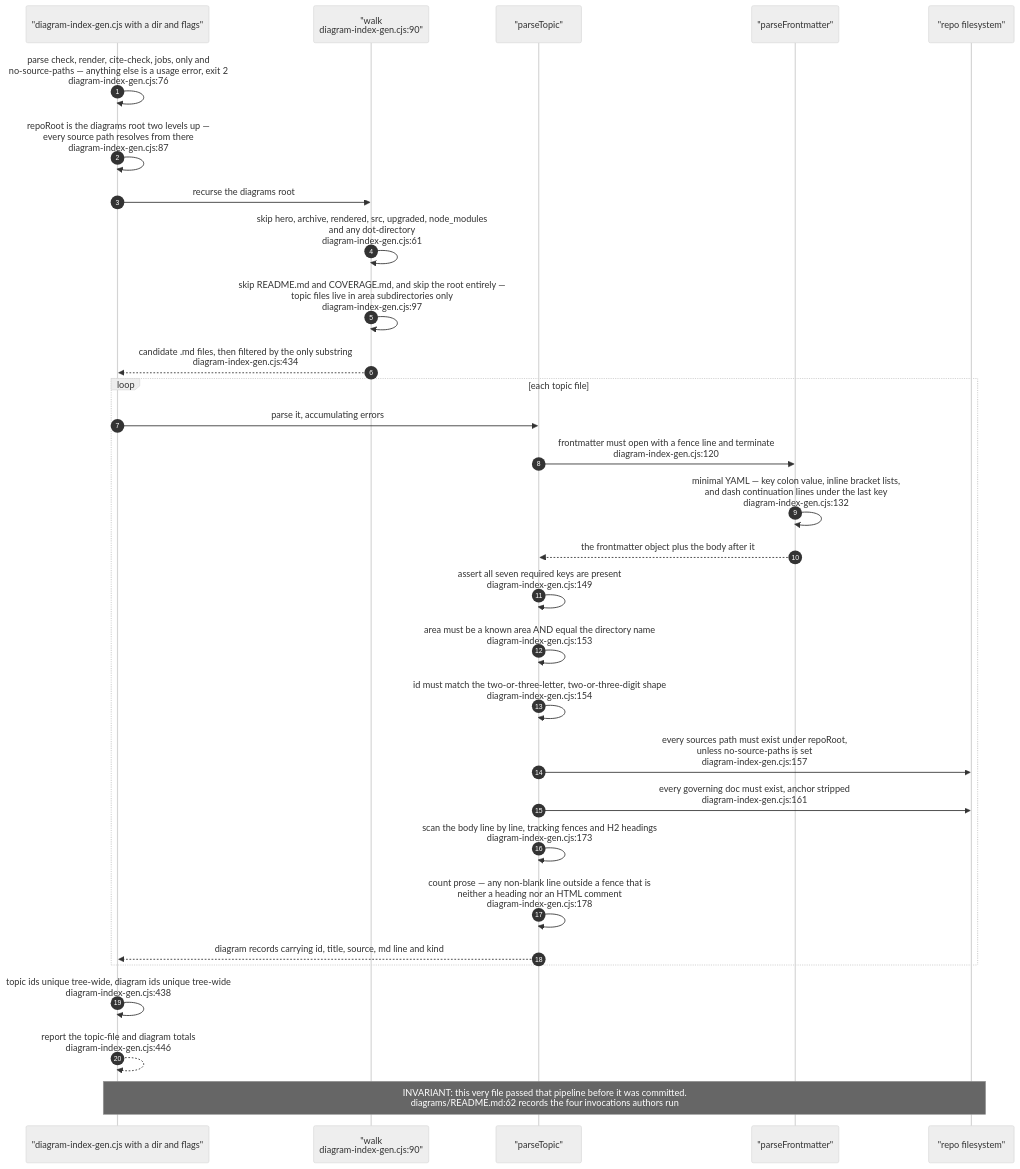
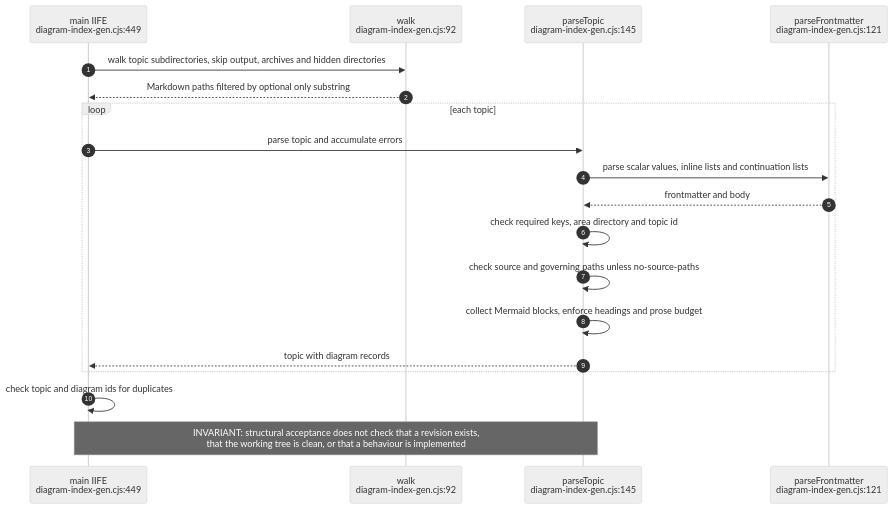
Before and after one commit to DreamLab-AI/VisionFlow: the eighth of 13 diagrams in docs/diagrams/visionflow/06-diagram-tooling.md, drawn with Mermaid (neutral theme). The commit also changed other lines of this file and 185 other files, not shown here.

Commit message:
docs(estate): reconcile diagrams and ADRs with source and define closeout sprint

````diff
--- a/docs/diagrams/visionflow/06-diagram-tooling.md
+++ b/docs/diagrams/visionflow/06-diagram-tooling.md
@@ -278,37 +278,21 @@
 ```mermaid
 sequenceDiagram
     autonumber
-    participant CLI as "diagram-index-gen.cjs with a dir and flags"
-    participant W as "walk<br/>diagram-index-gen.cjs:90"
-    participant PT as "parseTopic"
-    participant FM as "parseFrontmatter"
-    participant FS as "repo filesystem"
-
-    CLI->>CLI: parse check, render, cite-check, jobs, only and<br/>no-source-paths — anything else is a usage error, exit 2<br/>diagram-index-gen.cjs:76
-    CLI->>CLI: repoRoot is the diagrams root two levels up —<br/>every source path resolves from there<br/>diagram-index-gen.cjs:87
-
-    CLI->>W: recurse the diagrams root
-    W->>W: skip hero, archive, rendered, src, upgraded, node_modules<br/>and any dot-directory<br/>diagram-index-gen.cjs:61
-    W->>W: skip README.md and COVERAGE.md, and skip the root entirely —<br/>topic files live in area subdirectories only<br/>diagram-index-gen.cjs:97
-    W-->>CLI: candidate .md files, then filtered by the only substring<br/>diagram-index-gen.cjs:434
-
-    loop each topic file
-        CLI->>PT: parse it, accumulating errors
-        PT->>FM: frontmatter must open with a fence line and terminate<br/>diagram-index-gen.cjs:120
-        FM->>FM: minimal YAML — key colon value, inline bracket lists,<br/>and dash continuation lines under the last key<br/>diagram-index-gen.cjs:132
-        FM-->>PT: the frontmatter object plus the body after it
-        PT->>PT: assert all seven required keys are present<br/>diagram-index-gen.cjs:149
-        PT->>PT: area must be a known area AND equal the directory name<br/>diagram-index-gen.cjs:153
-        PT->>PT: id must match the two-or-three-letter, two-or-three-digit shape<br/>diagram-index-gen.cjs:154
-        PT->>FS: every sources path must exist under repoRoot,<br/>unless no-source-paths is set<br/>diagram-index-gen.cjs:157
-        PT->>FS: every governing doc must exist, anchor stripped<br/>diagram-index-gen.cjs:161
-        PT->>PT: scan the body line by line, tracking fences and H2 headings<br/>diagram-index-gen.cjs:173
-        PT->>PT: count prose — any non-blank line outside a fence that is<br/>neither a heading nor an HTML comment<br/>diagram-index-gen.cjs:178
-        PT-->>CLI: diagram records carrying id, title, source, md line and kind
+    participant CLI as main IIFE<br/>diagram-index-gen.cjs:449
+    participant W as walk<br/>diagram-index-gen.cjs:92
+    participant P as parseTopic<br/>diagram-index-gen.cjs:145
+    participant F as parseFrontmatter<br/>diagram-index-gen.cjs:121
+    CLI->>W: walk topic subdirectories, skip output, archives and hidden directories
+    W-->>CLI: Markdown paths filtered by optional only substring
+    loop each topic
+        CLI->>P: parse topic and accumulate errors
+        P->>F: parse scalar values, inline lists and continuation lists
+        F-->>P: frontmatter and body
+        P->>P: check required keys, area directory and topic id
+        P->>P: check source and governing paths unless no-source-paths
+        P->>P: collect Mermaid blocks, enforce headings and prose budget
+        P-->>CLI: topic with diagram records
     end
-
-    CLI->>CLI: topic ids unique tree-wide, diagram ids unique tree-wide<br/>diagram-index-gen.cjs:438
-    CLI-->>CLI: report the topic-file and diagram totals<br/>diagram-index-gen.cjs:446
-
-    Note over CLI,FS: INVARIANT: this very file passed that pipeline before it was committed.<br/>diagrams/README.md:62 records the four invocations authors run
+    CLI->>CLI: check topic and diagram ids for duplicates
+    Note over CLI,P: INVARIANT: structural acceptance does not check that a revision exists,<br/>that the working tree is clean, or that a behaviour is implemented
 ```
````
